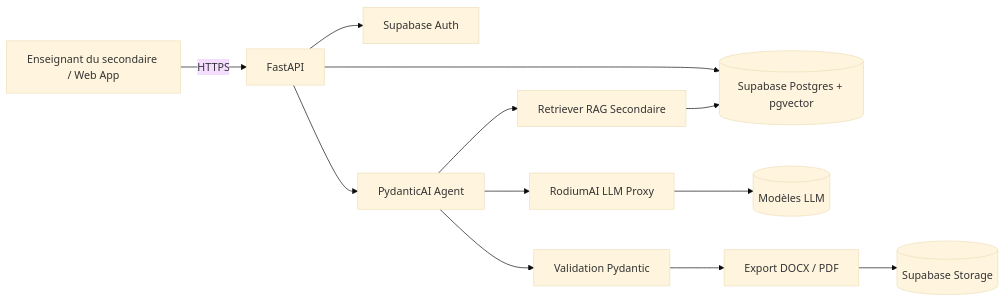
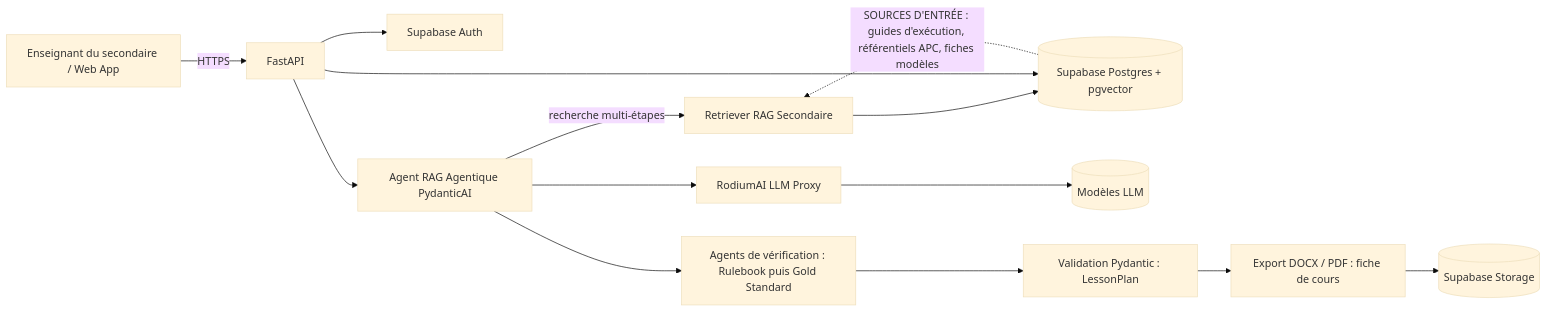
The first of 2 diagrams in README.md (justin2119/pedago-ai), drawn with Mermaid (base theme) before and after one commit. The commit also changed other lines of this file, not shown here.

Commit message:
docs(readme): clarify that pedago-ai generates lesson plans only; execution guides and model sheets are RAG inputs; describe Agentic RAG engine (FR/EN)

````diff
--- a/README.md
+++ b/README.md
@@ -53,14 +72,16 @@
 ```mermaid
 flowchart LR
     U[Enseignant du secondaire / Web App] -->|HTTPS| API[FastAPI]
     API --> AUTH[Supabase Auth]
-    API --> AG[PydanticAI Agent]
-    AG --> RET[Retriever RAG Secondaire]
+    API --> AG[Agent RAG Agentique PydanticAI]
+    AG -->|recherche multi-étapes| RET[Retriever RAG Secondaire]
     RET --> PG[(Supabase Postgres + pgvector)]
+    PG -.->|SOURCES D'ENTRÉE : guides d'exécution, référentiels APC, fiches modèles| RET
     AG --> PROXY[RodiumAI LLM Proxy]
     PROXY --> LLM[(Modèles LLM)]
-    AG --> VAL[Validation Pydantic]
-    VAL --> EXP[Export DOCX / PDF]
+    AG --> VER[Agents de vérification : Rulebook puis Gold Standard]
+    VER --> VAL[Validation Pydantic : LessonPlan]
+    VAL --> EXP[Export DOCX / PDF : fiche de cours]
     EXP --> STO[(Supabase Storage)]
     API --> PG
 ```
````
